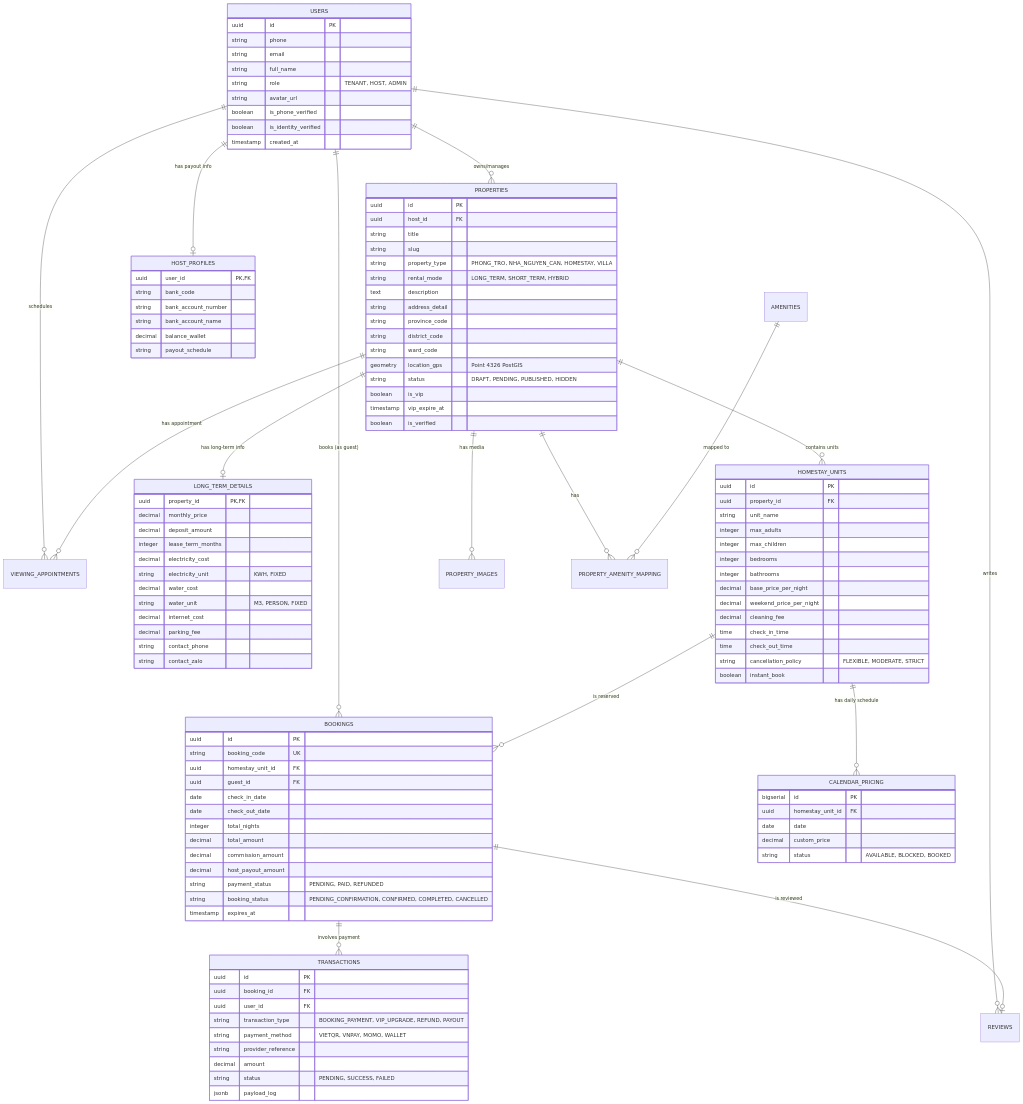
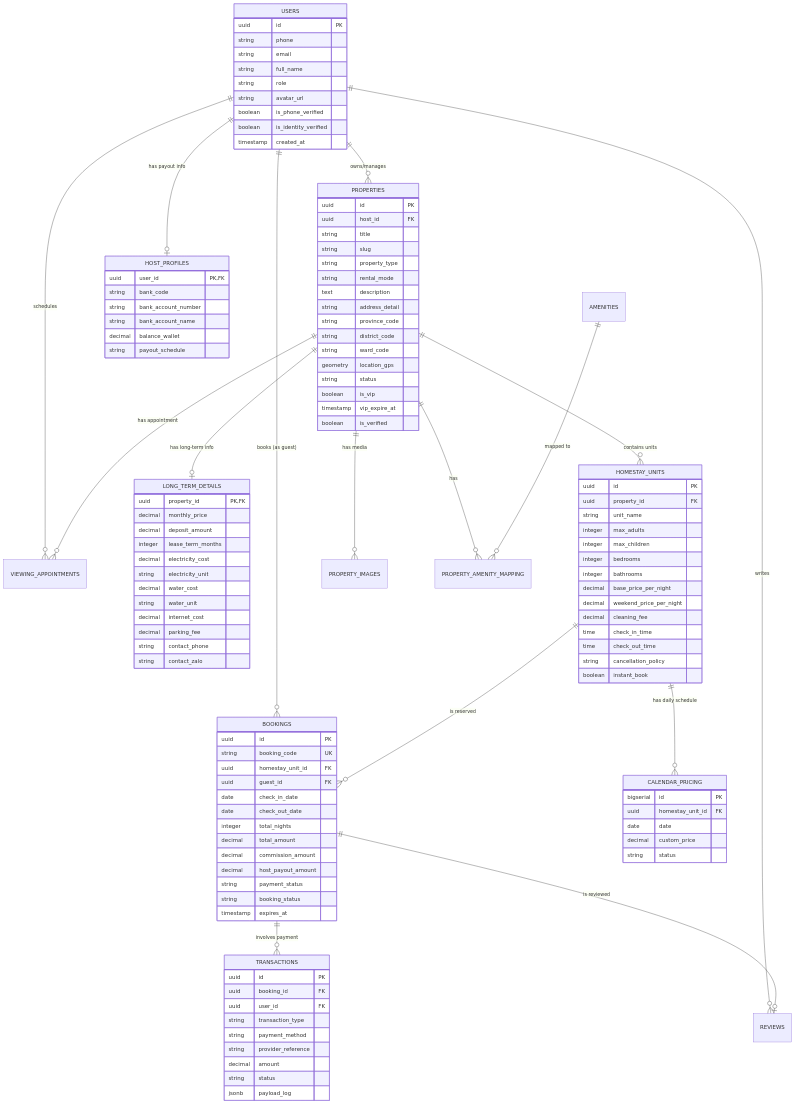
The second of 3 diagrams in 02_SYSTEM_ARCHITECTURE_DATABASE.md (Romfff/trotot), drawn with Mermaid before and after one commit. The commit also changed other lines of this file and 6 other files, not shown here.

Commit message:
fix(docs): sua loi cu phap mermaid diagram tuong thich 100% voi github render

````diff
--- a/02_SYSTEM_ARCHITECTURE_DATABASE.md
+++ b/02_SYSTEM_ARCHITECTURE_DATABASE.md
@@ -92,7 +92,7 @@
         string phone
         string email
         string full_name
-        string role "TENANT, HOST, ADMIN"
+        string role
         string avatar_url
         boolean is_phone_verified
         boolean is_identity_verified
@@ -113,15 +113,15 @@
         uuid host_id FK
         string title
         string slug
-        string property_type "PHONG_TRO, NHA_NGUYEN_CAN, HOMESTAY, VILLA"
-        string rental_mode "LONG_TERM, SHORT_TERM, HYBRID"
+        string property_type
+        string rental_mode
         text description
         string address_detail
         string province_code
         string district_code
         string ward_code
-        geometry location_gps "Point 4326 PostGIS"
-        string status "DRAFT, PENDING, PUBLISHED, HIDDEN"
+        geometry location_gps
+        string status
         boolean is_vip
         timestamp vip_expire_at
         boolean is_verified
@@ -133,9 +133,9 @@
         decimal deposit_amount
         integer lease_term_months
         decimal electricity_cost
-        string electricity_unit "KWH, FIXED"
+        string electricity_unit
         decimal water_cost
-        string water_unit "M3, PERSON, FIXED"
+        string water_unit
         decimal internet_cost
         decimal parking_fee
         string contact_phone
@@ -155,7 +155,7 @@
         decimal cleaning_fee
         time check_in_time
         time check_out_time
-        string cancellation_policy "FLEXIBLE, MODERATE, STRICT"
+        string cancellation_policy
         boolean instant_book
     }
 
@@ -164,7 +164,7 @@
         uuid homestay_unit_id FK
         date date
         decimal custom_price
-        string status "AVAILABLE, BLOCKED, BOOKED"
+        string status
     }
 
     BOOKINGS {
@@ -178,8 +178,8 @@
         decimal total_amount
         decimal commission_amount
         decimal host_payout_amount
-        string payment_status "PENDING, PAID, REFUNDED"
-        string booking_status "PENDING_CONFIRMATION, CONFIRMED, COMPLETED, CANCELLED"
+        string payment_status
+        string booking_status
         timestamp expires_at
     }
 
@@ -187,11 +187,11 @@
         uuid id PK
         uuid booking_id FK
         uuid user_id FK
-        string transaction_type "BOOKING_PAYMENT, VIP_UPGRADE, REFUND, PAYOUT"
-        string payment_method "VIETQR, VNPAY, MOMO, WALLET"
+        string transaction_type
+        string payment_method
         string provider_reference
         decimal amount
-        string status "PENDING, SUCCESS, FAILED"
+        string status
         jsonb payload_log
     }
 ```
````
